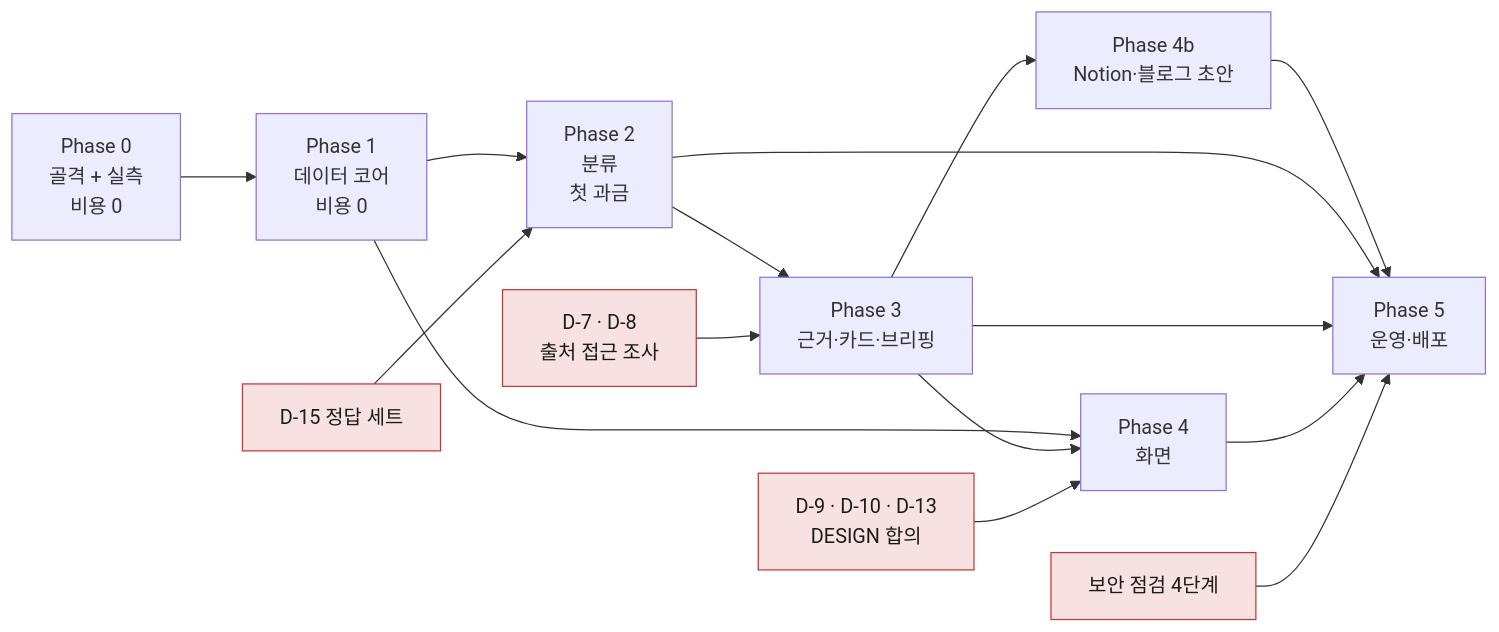
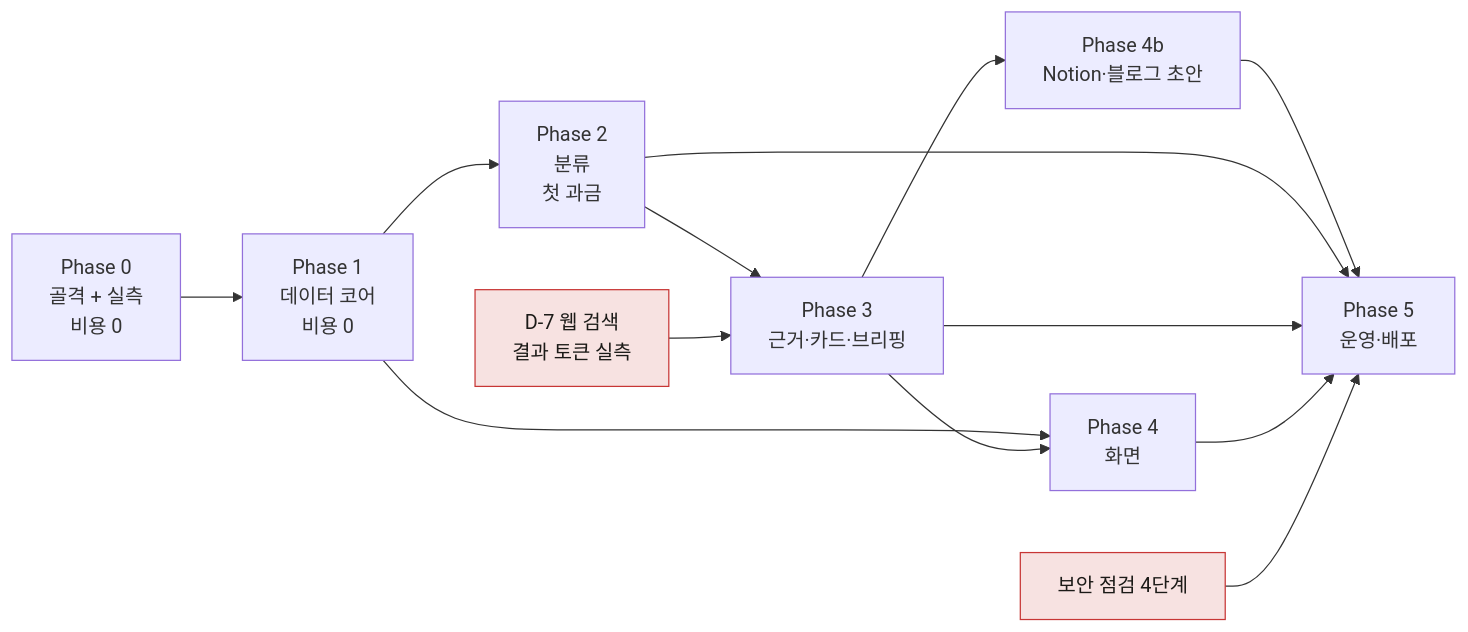
The second of 2 diagrams in docs/PLAN.md (daehyub71/github-ai-star-trend), drawn with Mermaid before and after one commit. The commit also changed other lines of this file and 19 other files, not shown here.

````diff
--- a/docs/PLAN.md
+++ b/docs/PLAN.md
@@ -132,21 +132,17 @@
 ```mermaid
 flowchart LR
     P0["Phase 0<br/>골격 + 실측<br/>비용 0"] --> P1["Phase 1<br/>데이터 코어<br/>비용 0"]
     P1 --> P2["Phase 2<br/>분류<br/>첫 과금"]
     P2 --> P3["Phase 3<br/>근거·카드·브리핑"]
     P1 --> P4["Phase 4<br/>화면"]
     P3 --> P4
     P3 --> P4B["Phase 4b<br/>Notion·블로그 초안"]
     P4B --> P5
     P2 & P3 & P4 --> P5["Phase 5<br/>운영·배포"]
 
-    D6["D-15 정답 세트"] --> P2
-    D78["D-7 · D-8<br/>출처 접근 조사"] --> P3
-    DS["D-9 · D-10 · D-13<br/>DESIGN 합의"] --> P4
+    D78["D-7 웹 검색<br/>결과 토큰 실측"] --> P3
     SEC["보안 점검 4단계"] --> P5
 
-    style D6 fill:#f7e2e1,stroke:#c73635,color:#1b1a17
     style D78 fill:#f7e2e1,stroke:#c73635,color:#1b1a17
-    style DS fill:#f7e2e1,stroke:#c73635,color:#1b1a17
     style SEC fill:#f7e2e1,stroke:#c73635,color:#1b1a17
 ```
````
